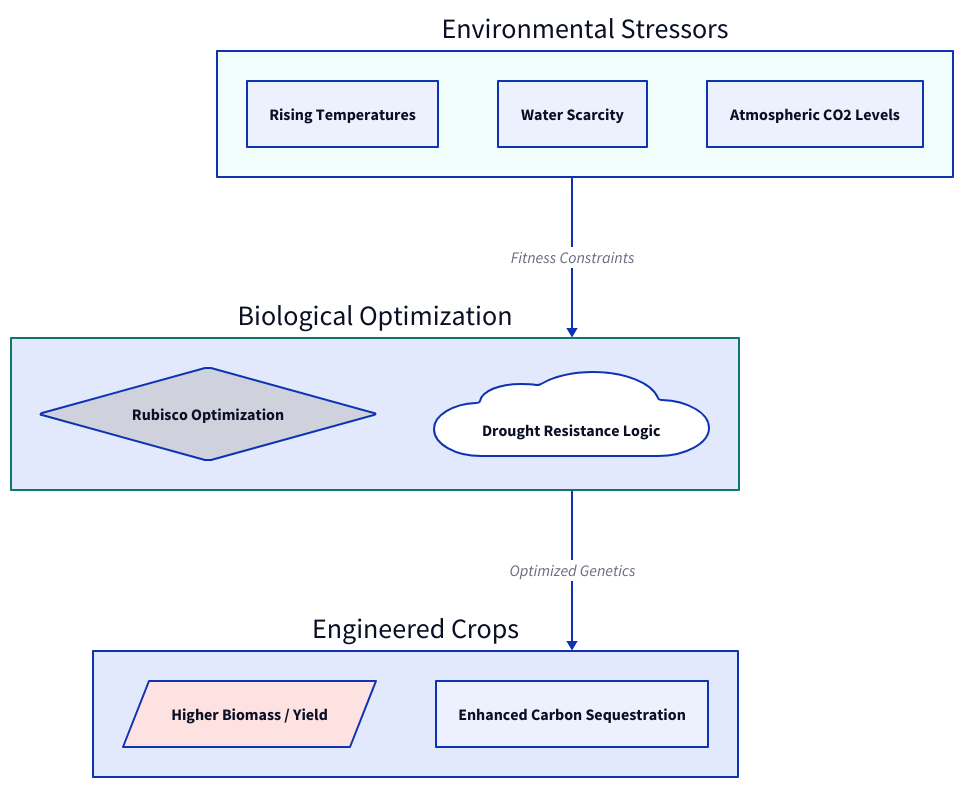
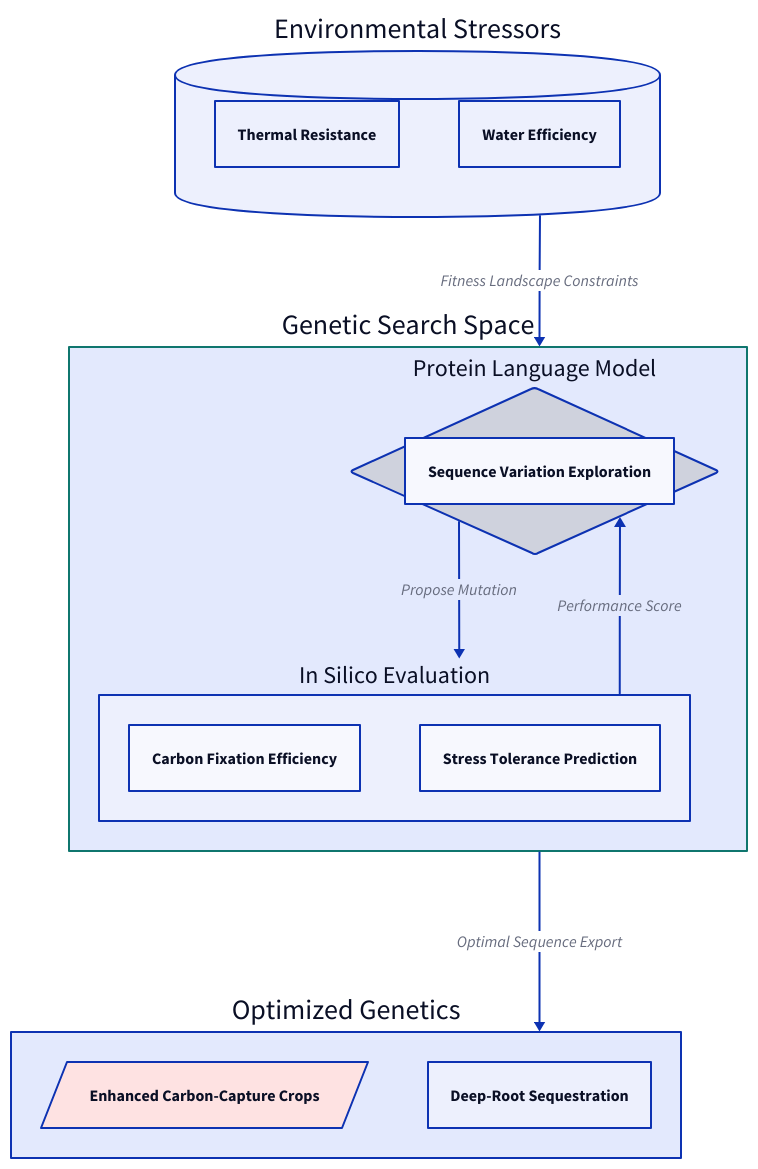
One commit to s-chudmunge/eulerfold changed the diagram in content/articles/how-is-ai-designing-plants-to-fight-climate-change.md. Above: the diagram before and after it, drawn with D2. The commit also changed 45 other files, not shown here.

````diff
--- a/content/articles/how-is-ai-designing-plants-to-fight-climate-change.md
+++ b/content/articles/how-is-ai-designing-plants-to-fight-climate-change.md
@@ -31,31 +31,40 @@
 ```d2
 direction: down
 
-Input: "Environmental Stressors" {
-  Heat: "Rising Temperatures"
-  Drought: "Water Scarcity"
-  CO2: "Atmospheric CO2 Levels"
-  style: { fill: "#f0fdfa" }
+Constraints: "Environmental Stressors" {
+  shape: cylinder
+  Heat: "Thermal Resistance"
+  H2O: "Water Efficiency"
 }
 
-AI_Design: "Biological Optimization" {
-  style: { stroke: "#0f766e"; stroke-width: 2 }
-  Enzyme: "Rubisco Optimization" {
+Search_Space: "Genetic Search Space" {
+  style: {
+    stroke: "#0f766e"
+    stroke-width: 2
+  }
+
+  pLM: "Protein Language Model" {
     shape: diamond
+    Action: "Sequence Variation Exploration"
   }
-  Resilience: "Drought Resistance Logic" {
-    shape: cloud
+
+  Fitness: "In Silico Evaluation" {
+    Rubisco: "Carbon Fixation Efficiency"
+    Resilience: "Stress Tolerance Prediction"
   }
+
+  pLM -> Fitness: "Propose Mutation"
+  Fitness -> pLM: "Performance Score"
 }
 
-Output: "Engineered Crops" {
-  Yield: "Higher Biomass / Yield" {
+Engineered_Output: "Optimized Genetics" {
+  Crops: "Enhanced Carbon-Capture Crops" {
     shape: parallelogram
-    style: { fill: "#fee2e2" }
+    style: {fill: "#fee2e2"}
   }
-  Capture: "Enhanced Carbon Sequestration"
+  Suberin: "Deep-Root Sequestration"
 }
 
-Input -> AI_Design: "Fitness Constraints"
-AI_Design -> Output: "Optimized Genetics"
+Constraints -> Search_Space: "Fitness Landscape Constraints"
+Search_Space -> Engineered_Output: "Optimal Sequence Export"
 ```
````
